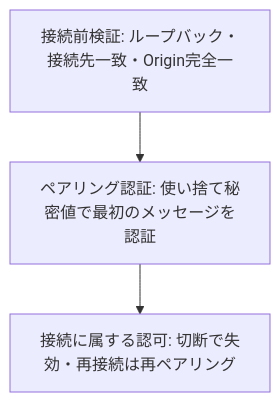
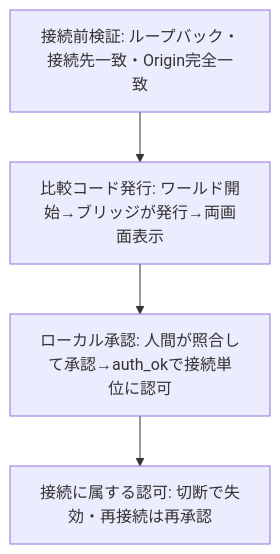
The first of 2 diagrams in design/protocol.md (WebXR-JP/xrift-bridge), drawn with Mermaid before and after one commit. The commit also changed other lines of this file and 2 other files, not shown here.

````diff
--- a/design/protocol.md
+++ b/design/protocol.md
@@ -63,5 +65,6 @@
 ```mermaid
 flowchart TD
-    A[接続前検証: ループバック・接続先一致・Origin完全一致] --> B[ペアリング認証: 使い捨て秘密値で最初のメッセージを認証]
-    B --> C[接続に属する認可: 切断で失効・再接続は再ペアリング]
+    A[接続前検証: ループバック・接続先一致・Origin完全一致] --> B[比較コード発行: ワールド開始→ブリッジが発行→両画面表示]
+    B --> C[ローカル承認: 人間が照合して承認→auth_okで接続単位に認可]
+    C --> D[接続に属する認可: 切断で失効・再接続は再承認]
 ```
````
